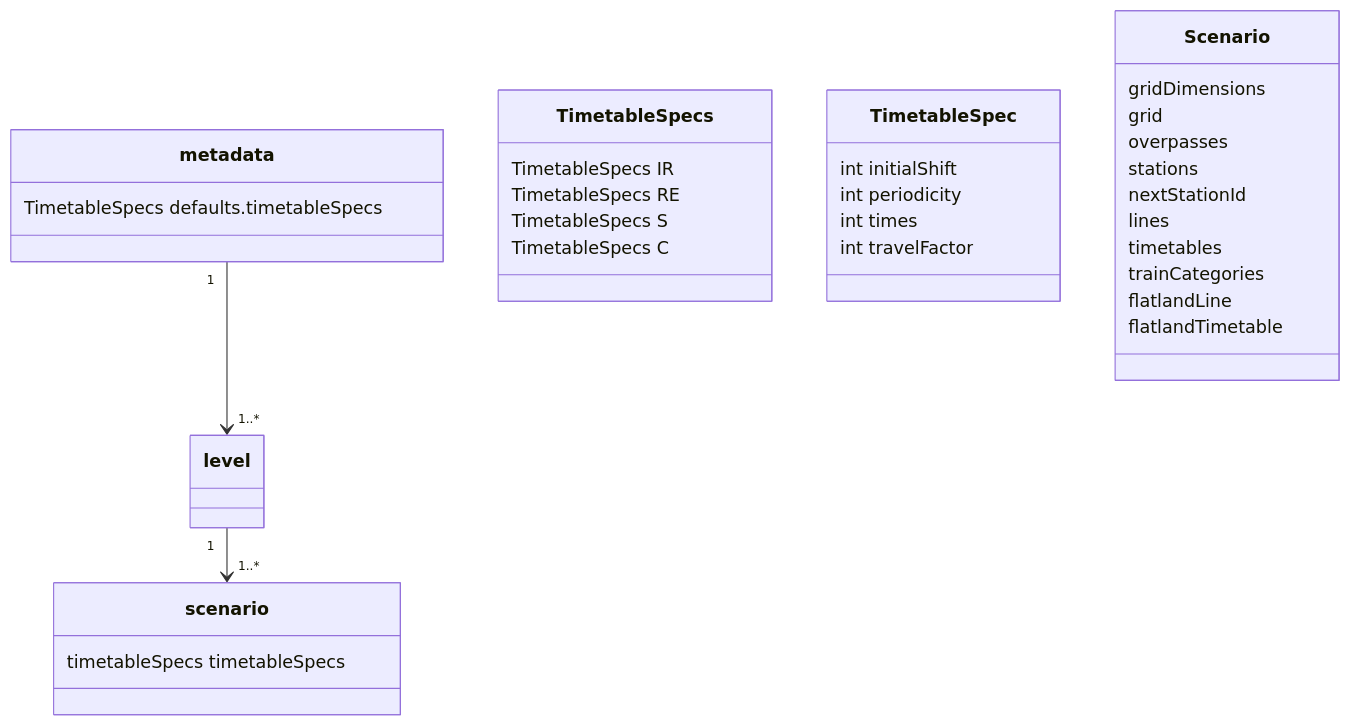
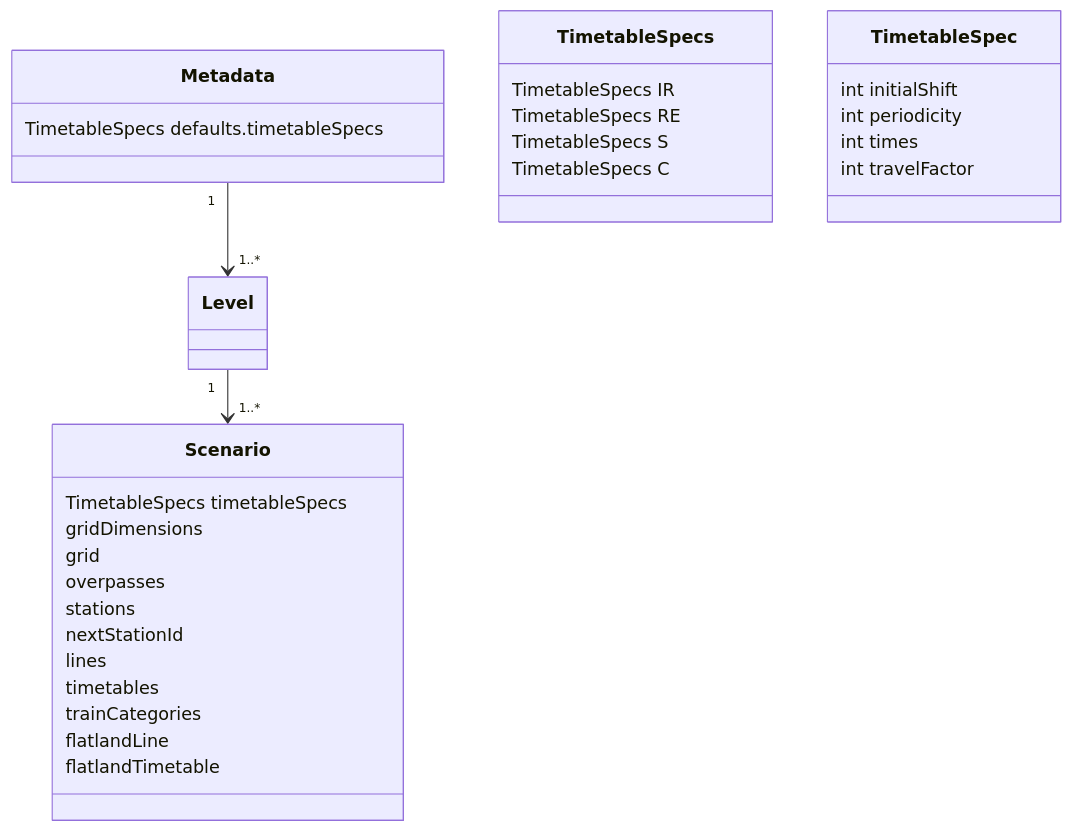
The first of 3 diagrams in scenario_generator/README.md (flatland-association/flatland-scenarios), drawn with Mermaid before and after one commit. The commit also changed other lines of this file, not shown here.

````diff
--- a/scenario_generator/README.md
+++ b/scenario_generator/README.md
@@ -21,37 +21,37 @@
 ```mermaid
 classDiagram
-  class metadata {
+  class Metadata {
     TimetableSpecs defaults.timetableSpecs
   }
-  class scenario {
-    timetableSpecs timetableSpecs
+  class Scenario {
+    TimetableSpecs timetableSpecs
   }
-  metadata "1" --> "1..*" level
-  level "1" --> "1..*" scenario
+  Metadata "1" --> "1..*" Level
+  Level "1" --> "1..*" Scenario
   class TimetableSpecs {
     TimetableSpecs IR
     TimetableSpecs RE
     TimetableSpecs S
     TimetableSpecs C
   }
   class TimetableSpec {
     int initialShift
     int periodicity
     int times
     int travelFactor
   }
 
   class Scenario {
     gridDimensions
     grid
     overpasses
     stations
     nextStationId
     lines
     timetables
     trainCategories
     flatlandLine
     flatlandTimetable
   }
 
 ```
````
